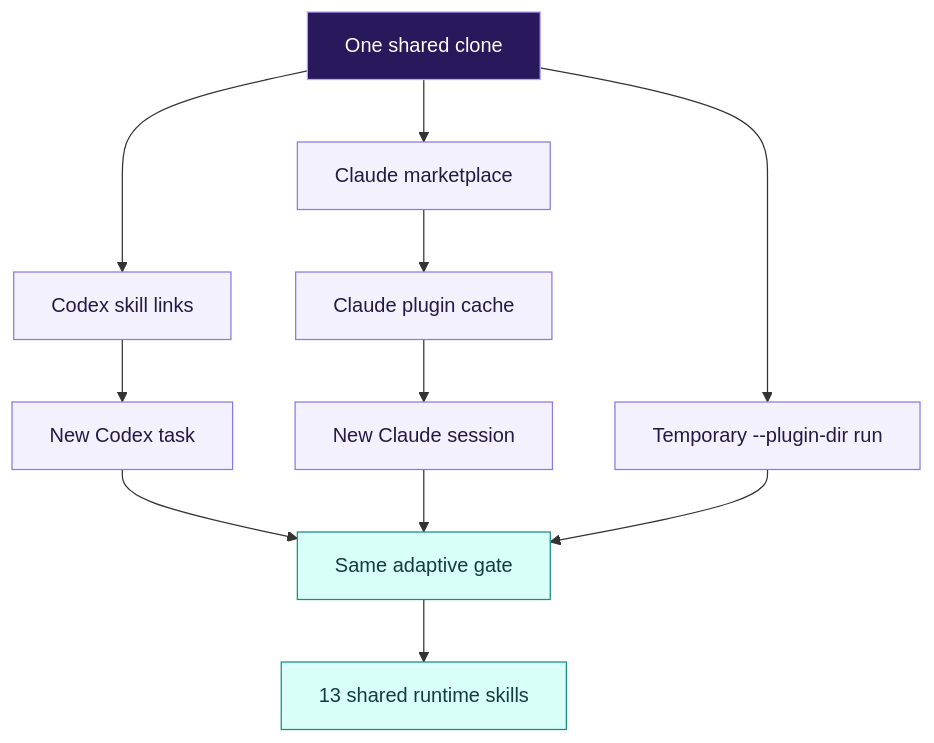
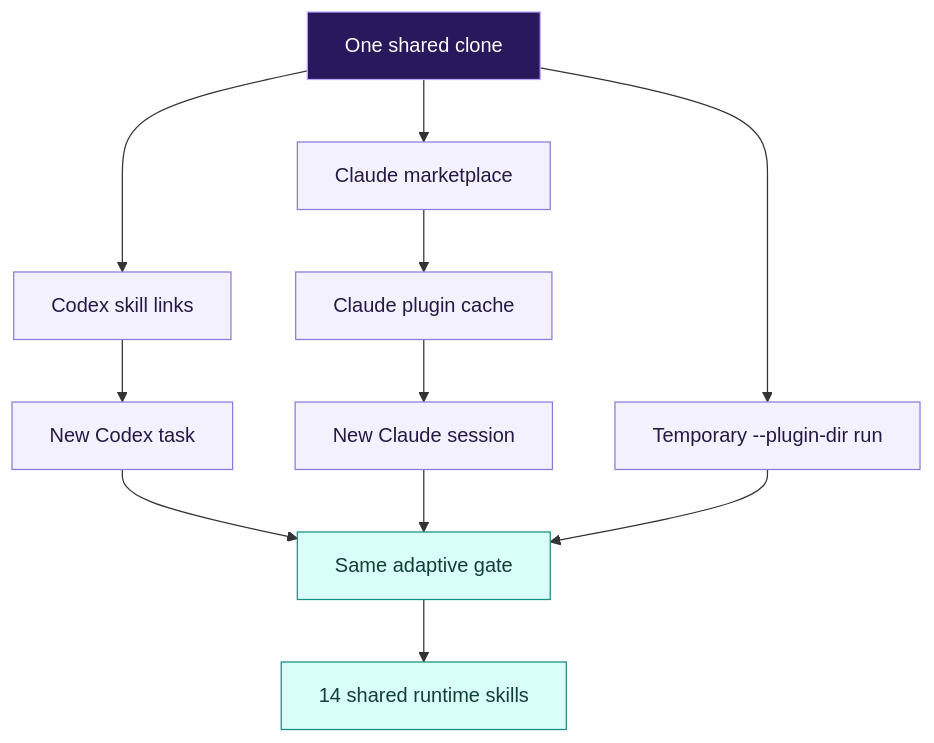
Before and after one commit to aididhaiqal/adaptive-superpowers: the first of 5 diagrams in README.md, drawn with Mermaid. The commit also changed other lines of this file and 25 other files, not shown here.

````diff
--- a/README.md
+++ b/README.md
@@ -32,20 +32,20 @@
 ```mermaid
 flowchart TB
     R["One shared clone"] --> C["Codex skill links"]
     C --> CT["New Codex task"]
     R --> M["Claude marketplace"]
     M --> CP["Claude plugin cache"]
     CP --> CS["New Claude session"]
     R --> T["Temporary --plugin-dir run"]
     CT --> G["Same adaptive gate"]
     CS --> G
     T --> G
-    G --> S["13 shared runtime skills"]
+    G --> S["14 shared runtime skills"]
 
     classDef source fill:#29185c,stroke:#b8a4ff,color:#fff
     classDef host fill:#f4f1ff,stroke:#8f79dd,color:#241a43
     classDef gate fill:#d9fff9,stroke:#168f83,color:#123e39
     class R source
     class C,CT,M,CP,CS,T host
     class G,S gate
 ```
````
